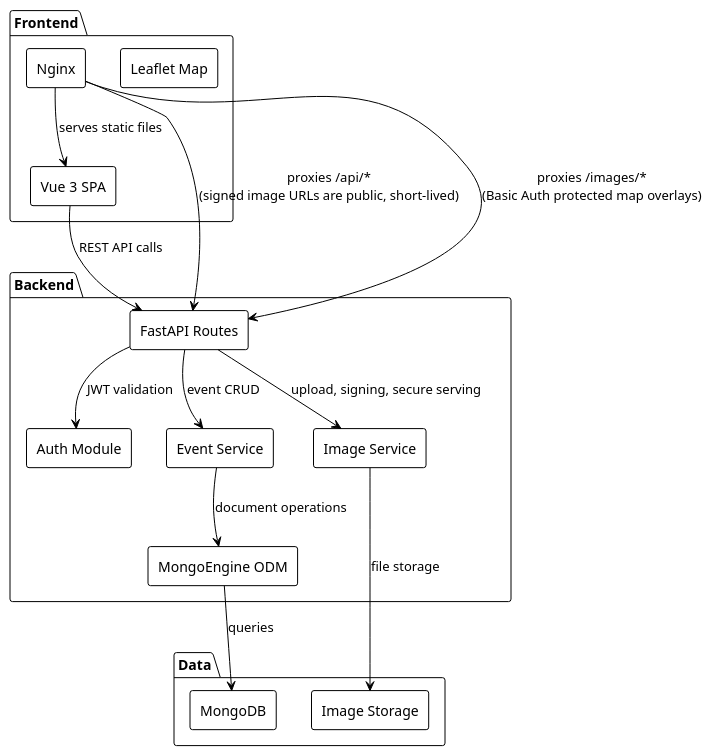
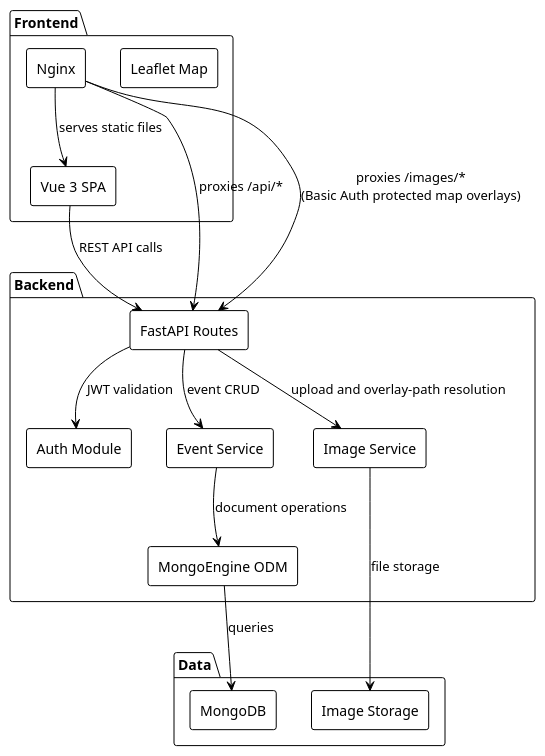
The diagram in docs/diagrams/architecture.puml (HEIG-RESONATE/resonate2), drawn with PlantUML before and after one commit. The commit also changed 9 other files, not shown here.

```diff
--- a/docs/diagrams/architecture.puml
+++ b/docs/diagrams/architecture.puml
@@ -1,36 +1,36 @@
 @startuml
 !theme plain
 skinparam componentStyle rectangle
 skinparam defaultFontName "Arial"
 
 package "Frontend" {
   [Vue 3 SPA] as [Vue]
   [Leaflet Map] as [Map]
   [Nginx] as [Nginx]
 }
 
 package "Backend" {
   [FastAPI Routes] as [API]
   [Auth Module] as [Auth]
   [Event Service] as [EventService]
   [Image Service] as [ImageService]
   [MongoEngine ODM] as [ODM]
 }
 
 package "Data" {
   database "MongoDB" as [Mongo]
   storage "Image Storage" as [Images]
 }
 
 [Nginx] --> [Vue] : serves static files
-[Nginx] --> [API] : proxies /api/*\n(signed image URLs are public, short-lived)
+[Nginx] --> [API] : proxies /api/*
 [Nginx] --> [API] : proxies /images/*\n(Basic Auth protected map overlays)
 [Vue] --> [API] : REST API calls
 [API] --> [Auth] : JWT validation
 [API] --> [EventService] : event CRUD
-[API] --> [ImageService] : upload, signing, secure serving
+[API] --> [ImageService] : upload and overlay-path resolution
 [EventService] --> [ODM] : document operations
 [ImageService] --> [Images] : file storage
 [ODM] --> [Mongo] : queries
 
 @enduml
```
